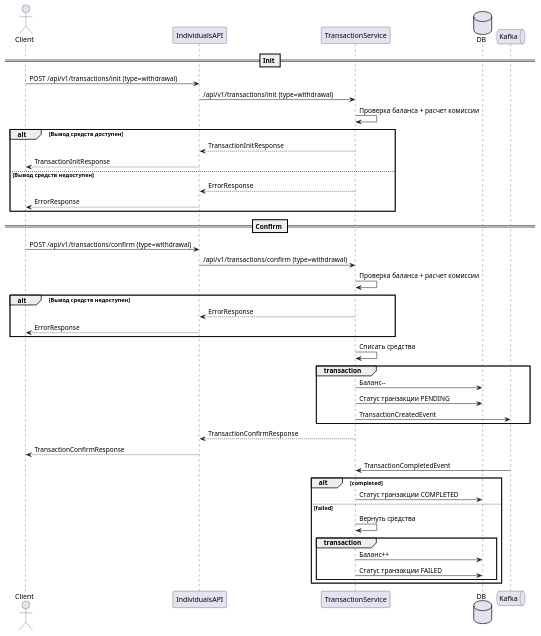
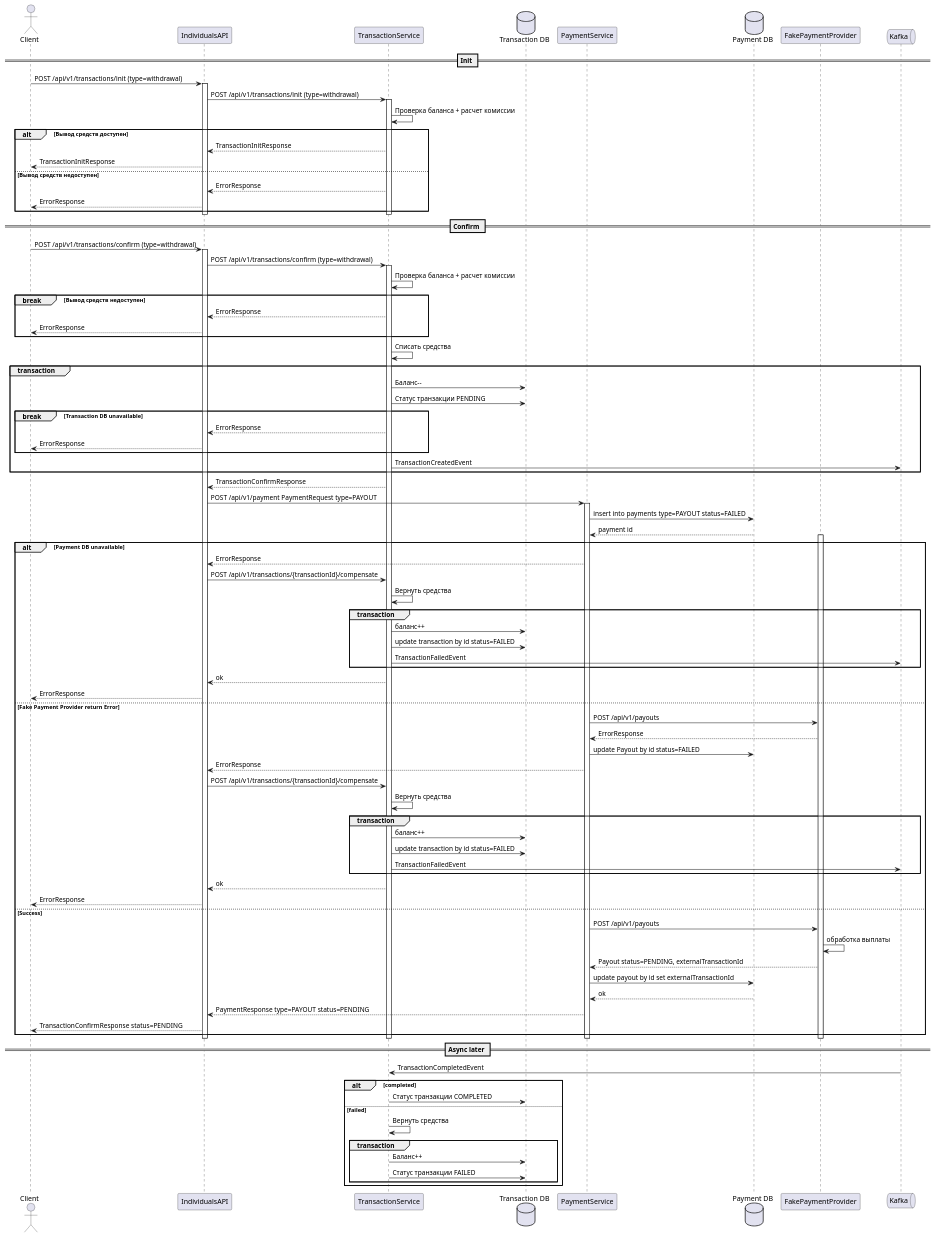
Before and after one commit to diamam90/payment-system: the diagram in diagram/withdrawal.puml, drawn with PlantUML. The commit also changed 19 other files, not shown here.

Commit message:
Добавлены диаграммы для 6 модуля

```diff
--- a/diagram/withdrawal.puml
+++ b/diagram/withdrawal.puml
@@ -1,47 +1,110 @@
 @startuml
 actor Client
 participant IndividualsAPI
 participant TransactionService
-database DB
+database tsDb as "Transaction DB"
+participant PaymentService
+database psDb as "Payment DB"
+participant fpp as "FakePaymentProvider"
+
 queue Kafka
 
 == Init ==
+
 Client -> IndividualsAPI: POST /api/v1/transactions/init (type=withdrawal)
-IndividualsAPI -> TransactionService: /api/v1/transactions/init (type=withdrawal)
-TransactionService -> TransactionService: Проверка баланса + расчет комиссии
-alt Вывод средств доступен
-    TransactionService --> IndividualsAPI: TransactionInitResponse
-    IndividualsAPI --> Client: TransactionInitResponse
-else Вывод средств недоступен
-    TransactionService --> IndividualsAPI: ErrorResponse
-    IndividualsAPI --> Client: ErrorResponse
-end
+activate IndividualsAPI
+    IndividualsAPI -> TransactionService: POST /api/v1/transactions/init (type=withdrawal)
+    activate TransactionService
+        TransactionService -> TransactionService: Проверка баланса + расчет комиссии
+        alt Вывод средств доступен
+            TransactionService --> IndividualsAPI: TransactionInitResponse
+            IndividualsAPI --> Client: TransactionInitResponse
+        else Вывод средств недоступен
+            TransactionService --> IndividualsAPI: ErrorResponse
+            IndividualsAPI --> Client: ErrorResponse
+        end
+    deactivate TransactionService
+deactivate IndividualsAPI
+
 == Confirm ==
+
 Client -> IndividualsAPI: POST /api/v1/transactions/confirm (type=withdrawal)
-IndividualsAPI -> TransactionService: /api/v1/transactions/confirm (type=withdrawal)
-TransactionService -> TransactionService: Проверка баланса + расчет комиссии
-alt Вывод средств недоступен
-    TransactionService --> IndividualsAPI: ErrorResponse
-    IndividualsAPI --> Client: ErrorResponse
-end
-TransactionService -> TransactionService: Списать средства
-group transaction
-    TransactionService -> DB: Баланс--
-    TransactionService -> DB: Статус транзакции PENDING
-    TransactionService -> Kafka: TransactionCreatedEvent
-end
-TransactionService --> IndividualsAPI: TransactionConfirmResponse
-IndividualsAPI --> Client: TransactionConfirmResponse
+activate IndividualsAPI
+    IndividualsAPI -> TransactionService: POST /api/v1/transactions/confirm (type=withdrawal)
+    activate TransactionService
+        TransactionService -> TransactionService: Проверка баланса + расчет комиссии
+        break Вывод средств недоступен
+            TransactionService --> IndividualsAPI: ErrorResponse
+            IndividualsAPI --> Client: ErrorResponse
+        end
+        TransactionService -> TransactionService: Списать средства
+        group transaction
+            TransactionService -> tsDb: Баланс--
+            TransactionService -> tsDb: Статус транзакции PENDING
+                break Transaction DB unavailable
+                    TransactionService --> IndividualsAPI: ErrorResponse
+                    IndividualsAPI --> Client: ErrorResponse
+                end
+            TransactionService -> Kafka: TransactionCreatedEvent
+        end
+        TransactionService --> IndividualsAPI: TransactionConfirmResponse
+        IndividualsAPI -> PaymentService: POST /api/v1/payment PaymentRequest type=PAYOUT
+        activate PaymentService
+            PaymentService -> psDb: insert into payments type=PAYOUT status=FAILED
+            psDb --> PaymentService: payment id
+
+                activate fpp
+                    alt Payment DB unavailable
+                        PaymentService --> IndividualsAPI: ErrorResponse
+                        IndividualsAPI -> TransactionService: POST /api/v1/transactions/{transactionId}/compensate
+                        TransactionService -> TransactionService: Вернуть средства
+                        group transaction
+                            TransactionService -> tsDb: баланс++
+                            TransactionService -> tsDb: update transaction by id status=FAILED
+                            TransactionService -> Kafka: TransactionFailedEvent
+                        end
+                        TransactionService --> IndividualsAPI: ok
+                        IndividualsAPI --> Client: ErrorResponse
+
+                    else Fake Payment Provider return Error
+                        PaymentService -> fpp: POST /api/v1/payouts
+                        fpp --> PaymentService: ErrorResponse
+                        PaymentService -> psDb: update Payout by id status=FAILED
+                        PaymentService --> IndividualsAPI: ErrorResponse
+                        IndividualsAPI -> TransactionService: POST /api/v1/transactions/{transactionId}/compensate
+                        TransactionService -> TransactionService: Вернуть средства
+                        group transaction
+                            TransactionService -> tsDb: баланс++
+                            TransactionService -> tsDb: update transaction by id status=FAILED
+                            TransactionService -> Kafka: TransactionFailedEvent
+                        end
+                        TransactionService --> IndividualsAPI: ok
+                        IndividualsAPI --> Client: ErrorResponse
+                    else Success
+                        PaymentService -> fpp: POST /api/v1/payouts
+                        fpp -> fpp: обработка выплаты
+                        fpp --> PaymentService: Payout status=PENDING, externalTransactionId
+                        PaymentService -> psDb: update payout by id set externalTransactionId
+                        psDb --> PaymentService: ok
+                        PaymentService --> IndividualsAPI: PaymentResponse type=PAYOUT status=PENDING
+                        IndividualsAPI --> Client: TransactionConfirmResponse status=PENDING
+                    end
+                deactivate fpp
+        deactivate PaymentService
+    deactivate TransactionService
+deactivate IndividualsAPI
+
+== Async later ==
 
 Kafka -> TransactionService: TransactionCompletedEvent
 alt completed
-    TransactionService -> DB: Статус транзакции COMPLETED
+    TransactionService -> tsDb: Статус транзакции COMPLETED
 else failed
     TransactionService -> TransactionService: Вернуть средства
-
     group transaction
-        TransactionService -> DB: Баланс++
-        TransactionService -> DB: Статус транзакции FAILED
+        TransactionService -> tsDb: Баланс++
+        TransactionService -> tsDb: Статус транзакции FAILED
     end
 end
+
 @enduml
```
